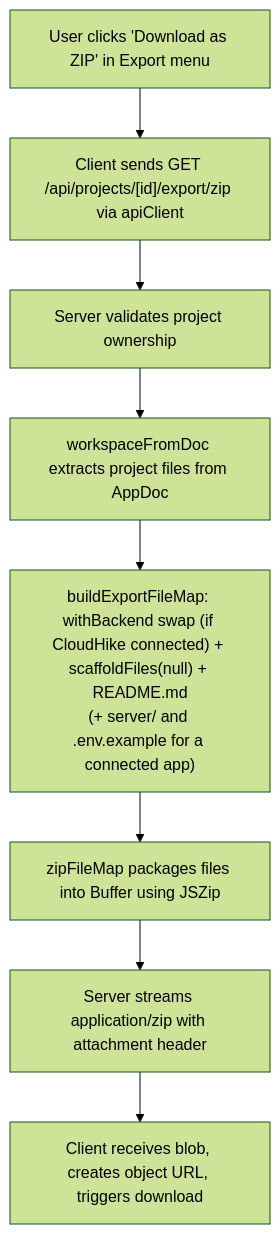
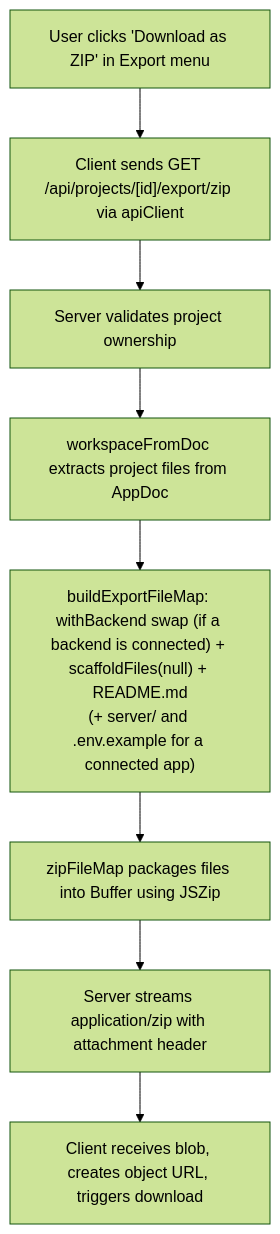
The ninth of 25 diagrams in docs/codebase-walkthrough.md (pranav589/ai-app-builder), drawn with Mermaid (forest theme) before and after one commit. The commit also changed other lines of this file and 88 other files, not shown here.

Commit message:
ft: Made CloudHike Deattachable as a service

````diff
--- a/docs/codebase-walkthrough.md
+++ b/docs/codebase-walkthrough.md
@@ -504,10 +512,10 @@
 ```mermaid
 flowchart TD
     A["User clicks 'Download as ZIP' in Export menu"] --> B["Client sends GET /api/projects/[id]/export/zip via apiClient"]
     B --> C["Server validates project ownership"]
     C --> D["workspaceFromDoc extracts project files from AppDoc"]
-    D --> E["buildExportFileMap: withBackend swap (if CloudHike connected) + scaffoldFiles(null) + README.md\n(+ server/ and .env.example for a connected app)"]
+    D --> E["buildExportFileMap: withBackend swap (if a backend is connected) + scaffoldFiles(null) + README.md\n(+ server/ and .env.example for a connected app)"]
     E --> F["zipFileMap packages files into Buffer using JSZip"]
     F --> G["Server streams application/zip with attachment header"]
     G --> H["Client receives blob, creates object URL, triggers download"]
 ```
````
